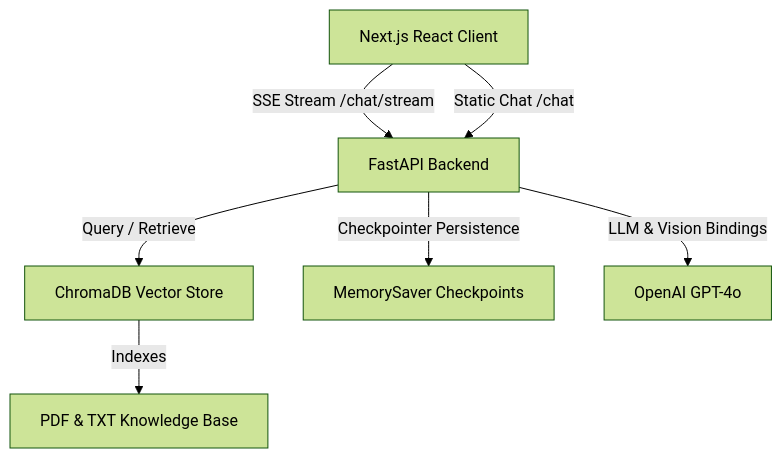
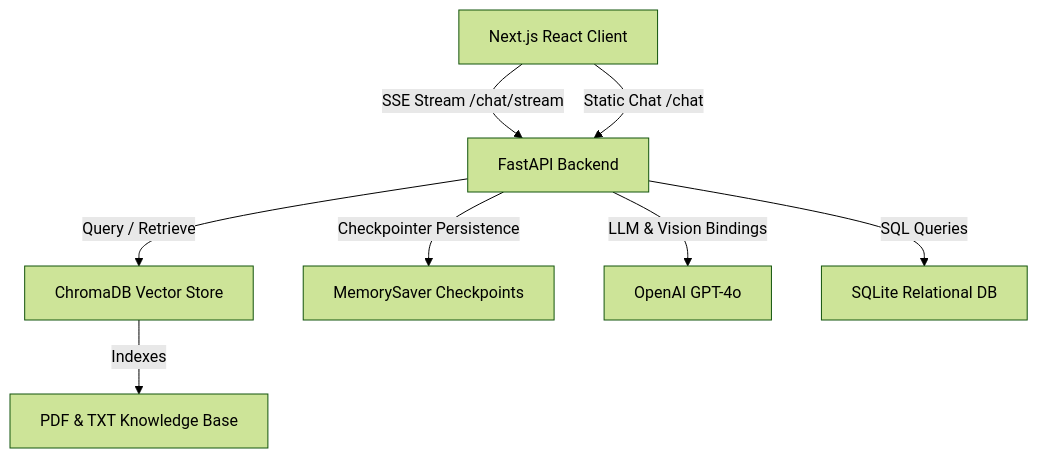
One commit to Yashborse4/ai-customer-support-bot changed the diagram in README.md. Above: the diagram before and after it, drawn with Mermaid (forest theme). The commit also changed other lines of this file and 2 other files, not shown here.

Commit message:
docs/test: add database unit tests, update requirements and README with SQL capabilities

````diff
--- a/README.md
+++ b/README.md
@@ -9,9 +9,10 @@
 ```mermaid
 graph TD
     A[Next.js React Client] -->|SSE Stream /chat/stream| B[FastAPI Backend]
     A -->|Static Chat /chat| B
     B -->|Query / Retrieve| C[ChromaDB Vector Store]
     B -->|Checkpointer Persistence| D[MemorySaver Checkpoints]
     B -->|LLM & Vision Bindings| E[OpenAI GPT-4o]
+    B -->|SQL Queries| G[SQLite Relational DB]
     C -->|Indexes| F[PDF & TXT Knowledge Base]
 ```
````
